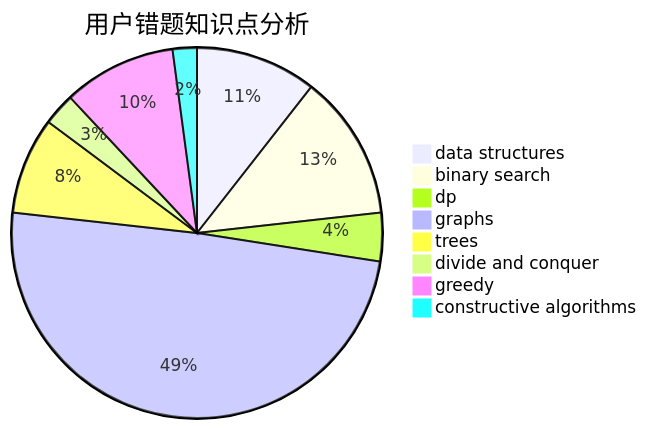
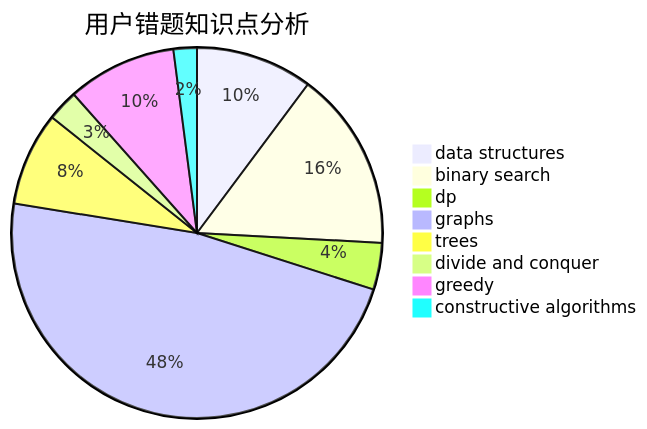
One commit to sherpahu/cfrs.github.io changed the third of 3 diagrams in docs/user/u567.md. Above: the diagram before and after it, drawn with Mermaid. The commit also changed other lines of this file and 2770 other files, not shown here.

````diff
--- a/docs/user/u567.md
+++ b/docs/user/u567.md
@@ -36,11 +36,11 @@
 ```mermaid
 pie title 用户错题知识点分析
     "data structures" :  15
-    "binary search" :  18
+    "binary search" :  23
     "dp" :  6
     "graphs" :  70
     "trees" :  12
     "divide and conquer" :  4
     "greedy" :  14
     "constructive algorithms" :  3
 ```
````
